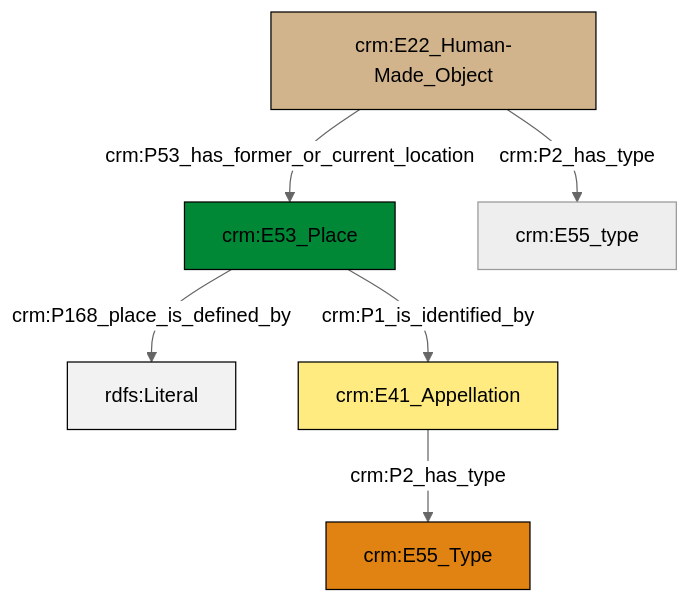
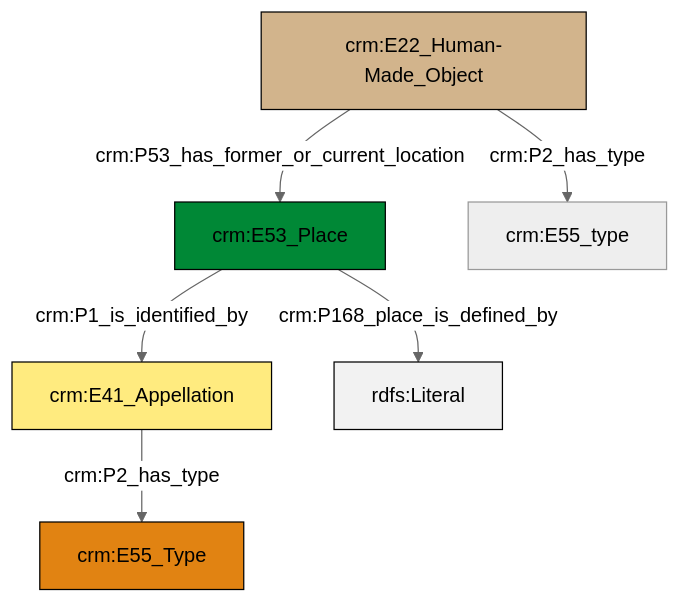
Before and after one commit to swiss-art-research-net/docs.swissartresearch: the diagram in et/builtWorkCSV/ttl/mmd/Built_Work_location.ttl.mmd, drawn with Mermaid (neutral theme). The commit also changed 210 other files, not shown here.

```diff
--- a/et/builtWorkCSV/ttl/mmd/Built_Work_location.ttl.mmd
+++ b/et/builtWorkCSV/ttl/mmd/Built_Work_location.ttl.mmd
@@ -1,20 +1,20 @@
 graph TD
 classDef Literal fill:#f2f2f2,stroke:#000000;
 classDef CRM_Entity fill:#FFFFFF,stroke:#000000;
 classDef Temporal_Entity fill:#00C9E6, stroke:#000000;
 classDef Type fill:#E18312, stroke:#000000;
 classDef Time-Span fill:#2C9C91, stroke:#000000;
 classDef Appellation fill:#FFEB7F, stroke:#000000;
 classDef Place fill:#008836, stroke:#000000;
 classDef Persistent_Item fill:#B266B2, stroke:#000000;
 classDef Conceptual_Object fill:#FFD700, stroke:#000000;
 classDef Physical_Thing fill:#D2B48C, stroke:#000000;
 classDef Actor fill:#f58aad, stroke:#000000;
 classDef PC_Classes fill:#4ce600, stroke:#000000;
 classDef Multi fill:#cccccc,stroke:#000000;
 
-0["crm:E53_Place"]:::Place -->|crm:P168_place_is_defined_by| 1[rdfs:Literal]:::Literal
-6["crm:E22_Human-Made_Object"]:::Physical_Thing -->|crm:P53_has_former_or_current_location| 0["crm:E53_Place"]:::Place
-7["crm:E41_Appellation"]:::Appellation -->|crm:P2_has_type| 2["crm:E55_Type"]:::Type
-6["crm:E22_Human-Made_Object"]:::Physical_Thing -->|crm:P2_has_type| 4["crm:E55_type"]:::Default
-0["crm:E53_Place"]:::Place -->|crm:P1_is_identified_by| 7["crm:E41_Appellation"]:::Appellation
+0["crm:E53_Place"]:::Place -->|crm:P1_is_identified_by| 1["crm:E41_Appellation"]:::Appellation
+3["crm:E22_Human-Made_Object"]:::Physical_Thing -->|crm:P53_has_former_or_current_location| 0["crm:E53_Place"]:::Place
+3["crm:E22_Human-Made_Object"]:::Physical_Thing -->|crm:P2_has_type| 7["crm:E55_type"]:::Default
+0["crm:E53_Place"]:::Place -->|crm:P168_place_is_defined_by| 10[rdfs:Literal]:::Literal
+1["crm:E41_Appellation"]:::Appellation -->|crm:P2_has_type| 4["crm:E55_Type"]:::Type
```
